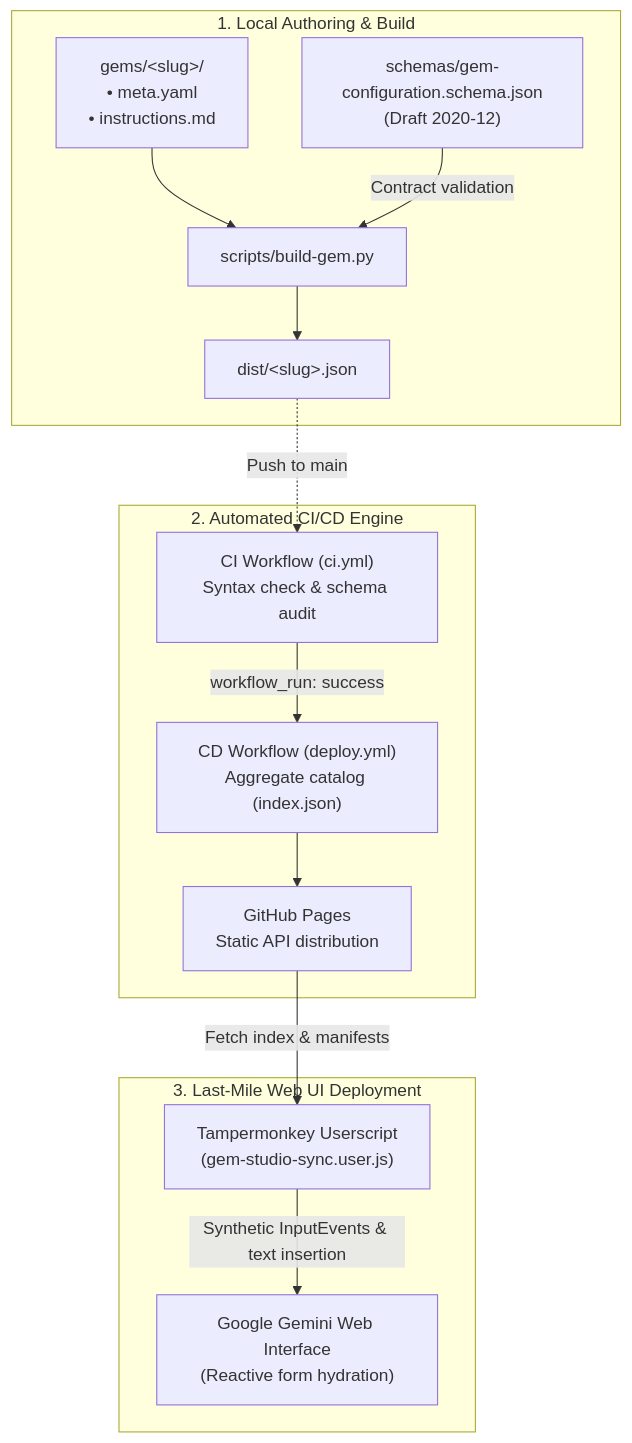
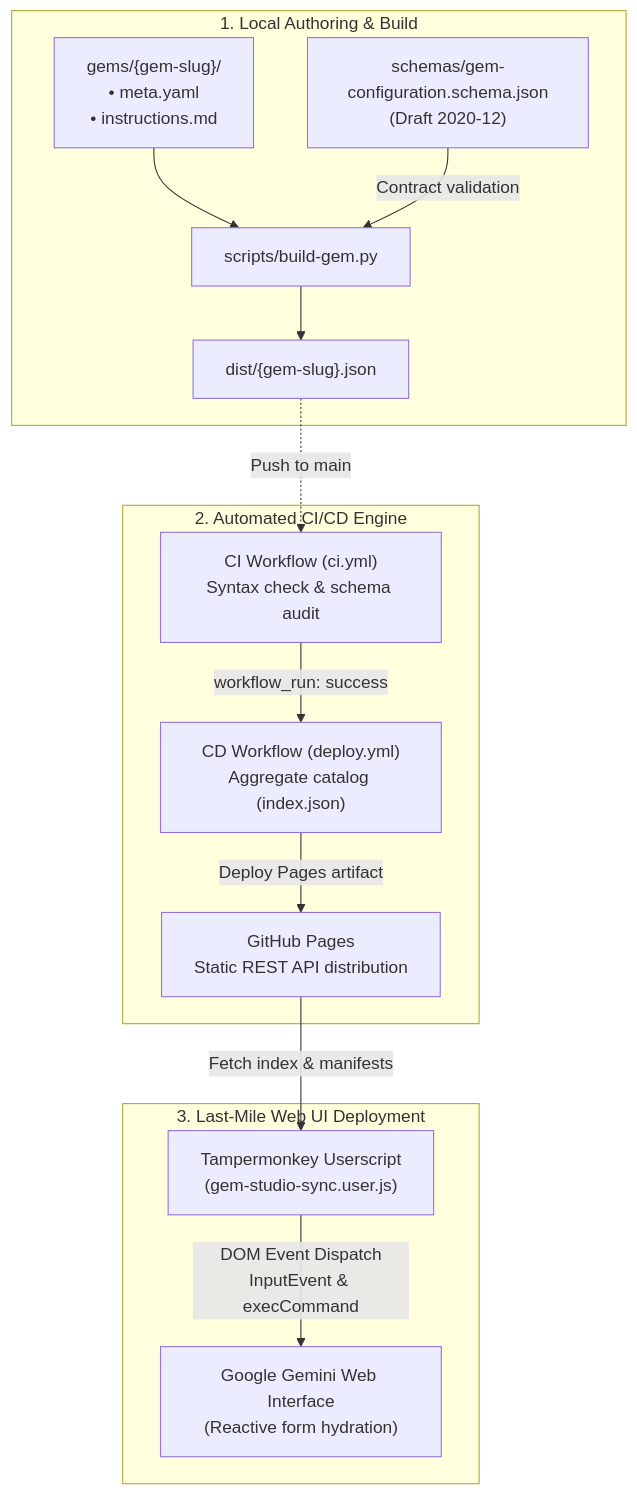
The diagram in README.md (rmasabela/gem-studio), drawn with Mermaid before and after one commit. The commit also changed other lines of this file, not shown here.

Commit message:
docs: establish MIT license and technical English documentation with CI/CD flowchart
- Add official MIT license file under copyright of Ricardo Masabel.
- Overhaul README.md with comprehensive technical documentation in English.
- Integrate Mermaid architecture flowchart mapping the 3-tier end-to-end pipeline.
- Detail JSON Schema Draft 2020-12 contracts, build tooling, and GitHub Pages continuous delivery.
- Document last-mile Tampermonkey sync engine for the Gemini web UI.

````diff
--- a/README.md
+++ b/README.md
@@ -90,19 +90,27 @@
 ```mermaid
 flowchart TD
     subgraph LocalDev["1. Local Authoring & Build"]
-        A["gems/&lt;slug&gt;/<br/>• meta.yaml<br/>• instructions.md"] --> B["scripts/build-gem.py"]
+        A["gems/{gem-slug}/<br/>• meta.yaml<br/>• instructions.md"] --> B["scripts/build-gem.py"]
         S["schemas/gem-configuration.schema.json<br/>(Draft 2020-12)"] -->|Contract validation| B
-        B --> C["dist/&lt;slug&gt;.json"]
+        B --> C["dist/{gem-slug}.json"]
     end
 
     subgraph GitHubActions["2. Automated CI/CD Engine"]
-        C -.->|Push to main| CI["CI Workflow (ci.yml)<br/>Syntax check & schema audit"]
-        CI -->|workflow_run: success| CD["CD Workflow (deploy.yml)<br/>Aggregate catalog (index.json)"]
-        CD --> Pages["GitHub Pages<br/>Static API distribution"]
+        CI["CI Workflow (ci.yml)<br/>Syntax check & schema audit"]
+        CD["CD Workflow (deploy.yml)<br/>Aggregate catalog (index.json)"]
+        Pages["GitHub Pages<br/>Static REST API distribution"]
+
+        CI -->|workflow_run: success| CD
+        CD -->|Deploy Pages artifact| Pages
     end
 
     subgraph LastMile["3. Last-Mile Web UI Deployment"]
-        Pages -->|Fetch index & manifests| TM["Tampermonkey Userscript<br/>(gem-studio-sync.user.js)"]
-        TM -->|Synthetic InputEvents & text insertion| UI["Google Gemini Web Interface<br/>(Reactive form hydration)"]
+        TM["Tampermonkey Userscript<br/>(gem-studio-sync.user.js)"]
+        UI["Google Gemini Web Interface<br/>(Reactive form hydration)"]
+
+        TM -->|DOM Event Dispatch<br/>InputEvent & execCommand| UI
     end
+
+    C -.->|Push to main| CI
+    Pages -->|Fetch index & manifests| TM
 ```
````
